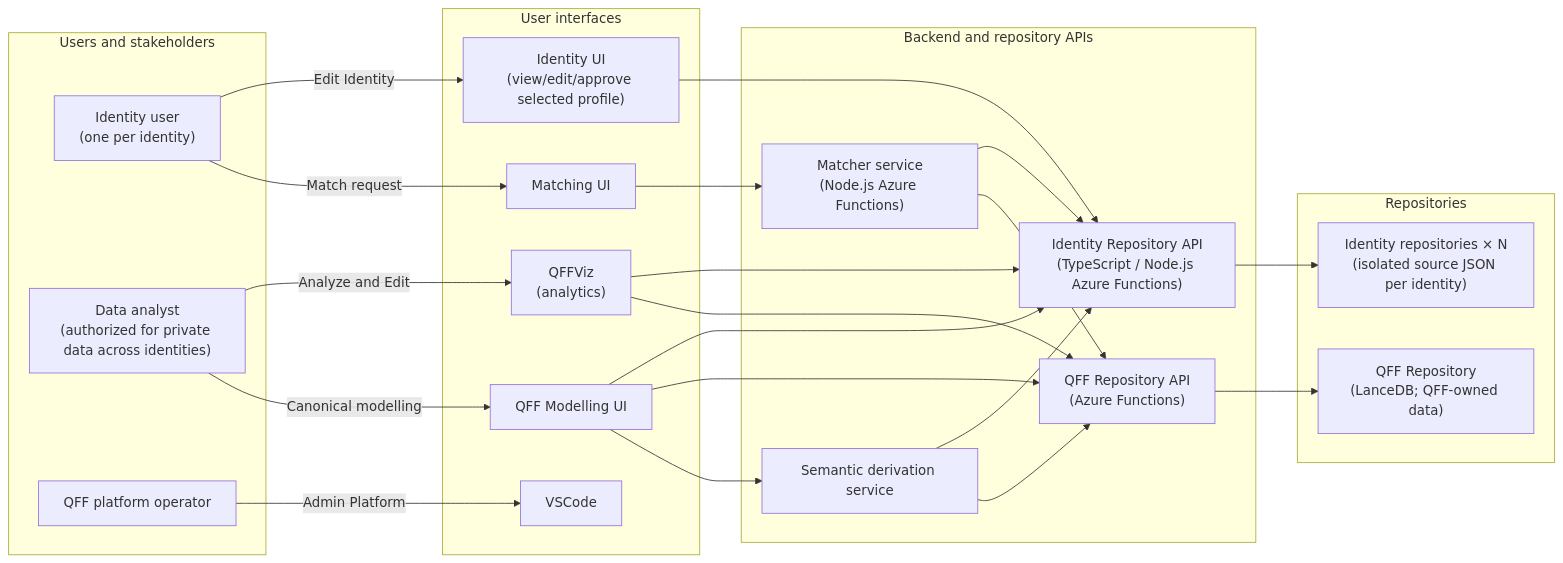
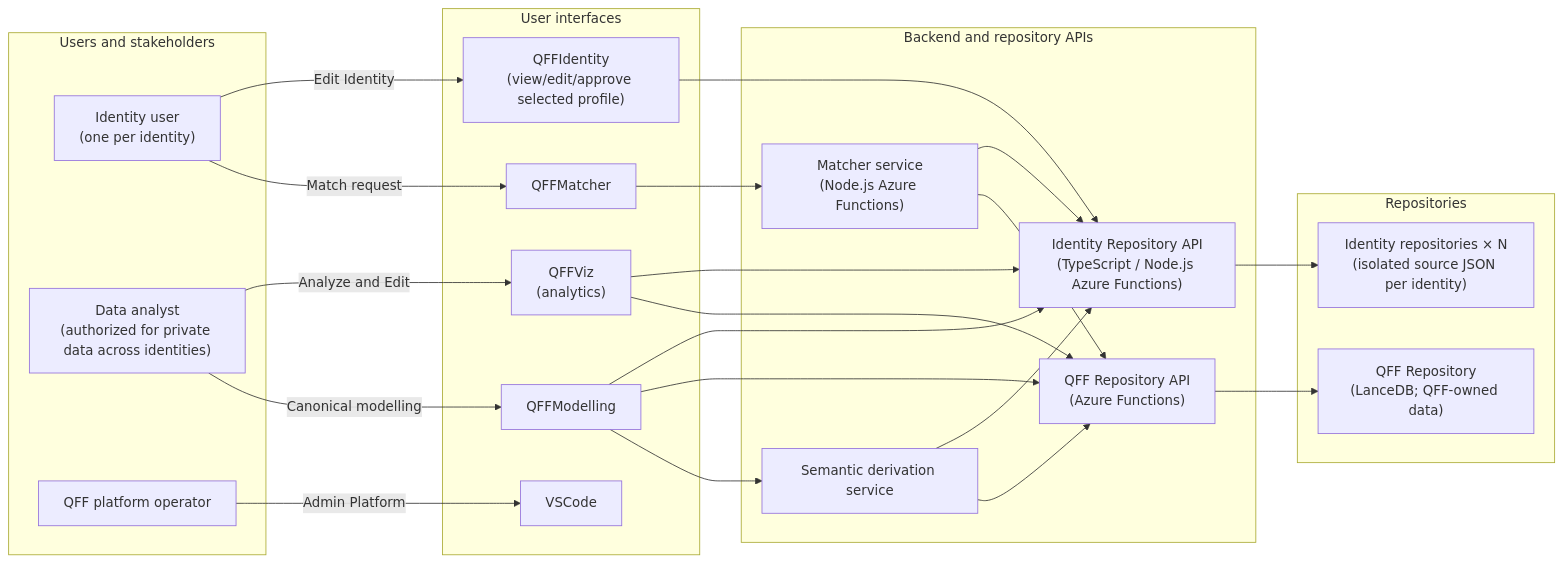
One commit to ZenMe-AU/ZBApp changed the diagram in module/QFF/plan-canonical-ontology.md. Above: the diagram before and after it, drawn with Mermaid. The commit also changed other lines of this file and 26 other files, not shown here.

Commit message:
add QFFIdentity, QFFModelling, QFFMatcher workspaces

````diff
--- a/module/QFF/plan-canonical-ontology.md
+++ b/module/QFF/plan-canonical-ontology.md
@@ -24,44 +24,44 @@
 ```mermaid
 flowchart LR
   subgraph People["Users and stakeholders"]
     IdentityUser["Identity user<br/>(one per identity)"]
     Analyst["Data analyst<br/>(authorized for private data across identities)"]
     Operator["QFF platform operator"]
   end
 
   subgraph UIs["User interfaces"]
     AdminPortal["VSCode"]
-    IdentityUI["Identity UI<br/>(view/edit/approve selected profile)"]
+    IdentityUI["QFFIdentity<br/>(view/edit/approve selected profile)"]
     QFFViz["QFFViz<br/>(analytics)"]
-    ModelingUI["QFF Modelling UI"]
-    RequestUI["Matching UI"]
+    ModelingUI["QFFModelling"]
+    RequestUI["QFFMatcher"]
   end
 
   subgraph Services["Backend and repository APIs"]
     IdentityAPI["Identity Repository API<br/>(TypeScript / Node.js Azure Functions)"]
     QFFAPI["QFF Repository API<br/>(Azure Functions)"]
     Matcher["Matcher service<br/>(Node.js Azure Functions)"]
     Derivation["Semantic derivation service"]
   end
 
   subgraph Data["Repositories"]
     IdentityStores["Identity repositories × N<br/>(isolated source JSON per identity)"]
     QFFStore["QFF Repository<br/>(LanceDB; QFF-owned data)"]
   end
 
   IdentityUser -- Edit Identity --> IdentityUI --> IdentityAPI --> IdentityStores
   Analyst -- Analyze and Edit --> QFFViz
   QFFViz --> IdentityAPI
   QFFViz --> QFFAPI
   Analyst -- Canonical modelling --> ModelingUI
   ModelingUI --> IdentityAPI
   ModelingUI --> QFFAPI
   ModelingUI --> Derivation
   IdentityUser -- Match request --> RequestUI --> Matcher
   Matcher --> IdentityAPI
   Matcher --> QFFAPI
   Derivation --> IdentityAPI
   Derivation --> QFFAPI
   QFFAPI --> QFFStore
   Operator -- Admin Platform --> AdminPortal
 ```
````
